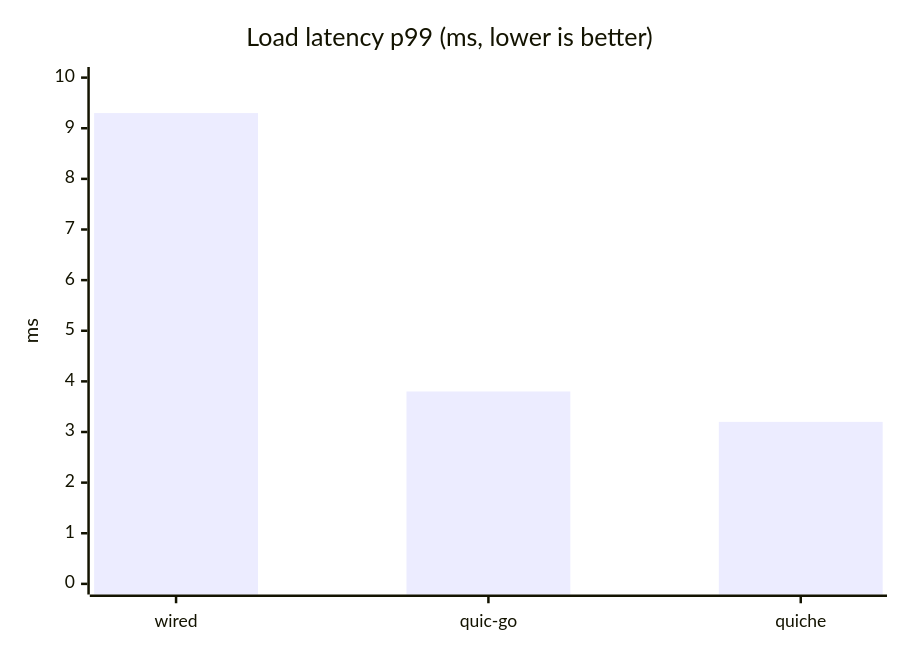
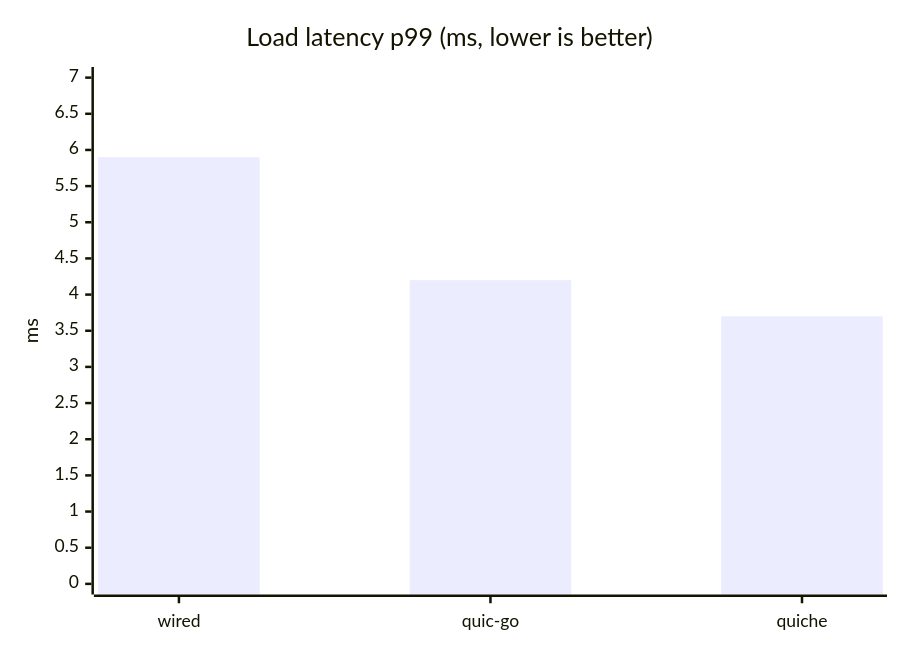
Before and after one commit to Hakkadaikon/wired: the fourth of 4 diagrams in docs/comparison.md, drawn with Mermaid. The commit also changed other lines of this file, not shown here.

````diff
--- a/docs/comparison.md
+++ b/docs/comparison.md
@@ -123,7 +125,7 @@
 ```mermaid
 xychart-beta
     title "Load latency p99 (ms, lower is better)"
     x-axis ["wired", "quic-go", "quiche"]
-    y-axis "ms" 0 --> 10
-    bar [9.3, 3.8, 3.2]
+    y-axis "ms" 0 --> 7
+    bar [5.9, 4.2, 3.7]
 ```
````
